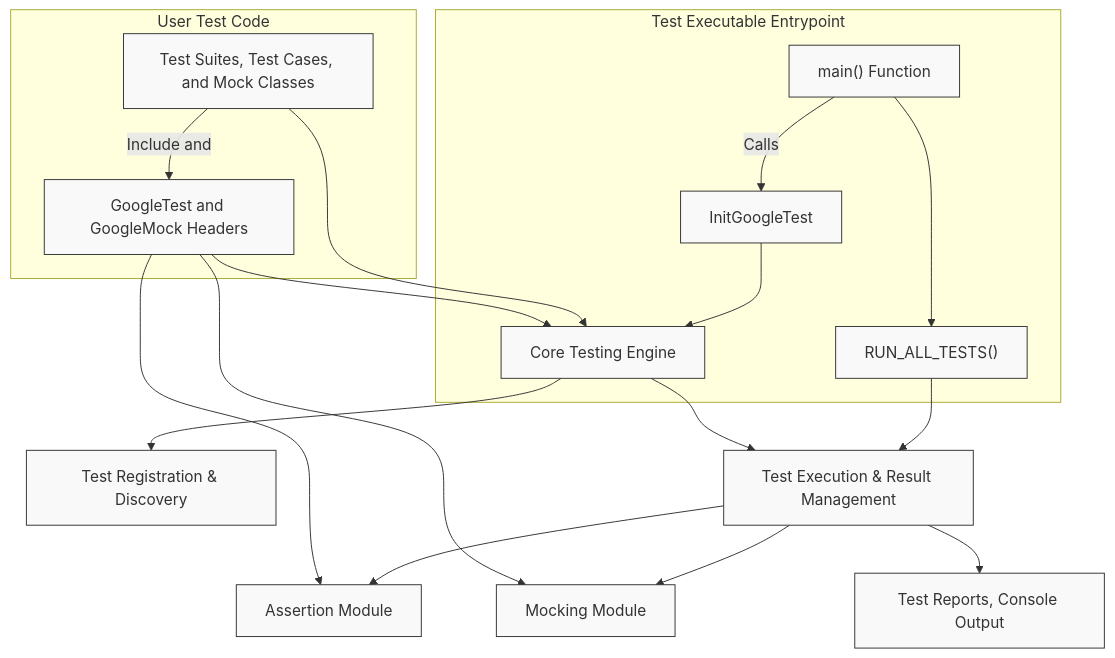
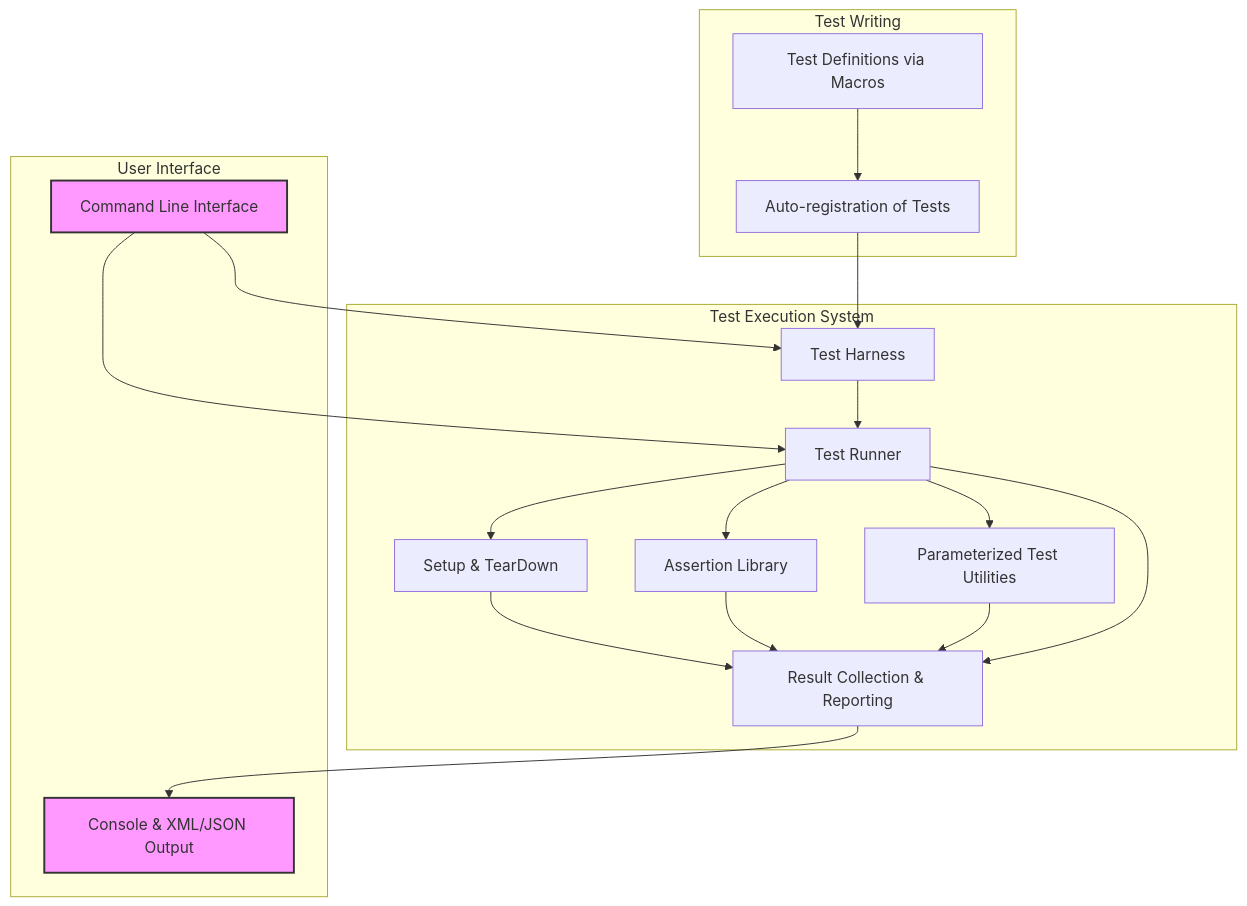
One commit to clidey/docucod-public-project-869ef7c3-7eff-4ad2-9765-2698303f14d7 changed the diagram in overview/architecture-concepts/architecture-overview.mdx. Above: the diagram before and after it, drawn with Mermaid. The commit also changed other lines of this file and 59 other files, not shown here.

````diff
--- a/overview/architecture-concepts/architecture-overview.mdx
+++ b/overview/architecture-concepts/architecture-overview.mdx
@@ -28,35 +40,53 @@
 ```mermaid
 flowchart TD
 
-  subgraph "User Test Code"
-    UserTests["Test Suites, Test Cases, and Mock Classes"]
-    UserTests -->|Include <gtest/gtest.h> and <gmock/gmock.h>| Headers
+  subgraph "Test Writing"
+    TestDef[Test Definitions via Macros]
+    Register[Auto-registration of Tests]
   end
 
-  Headers["GoogleTest and GoogleMock Headers"] --> CoreEngine["Core Testing Engine"]
-  Headers --> AssertionModule["Assertion Module"]
-  Headers --> MockingModule["Mocking Module"]
-
-  UserTests --> CoreEngine
-
-  CoreEngine --> TestRegistry["Test Registration & Discovery"]
-  CoreEngine --> TestExecution["Test Execution & Result Management"]
-
-  TestExecution --> AssertionModule
-  TestExecution --> MockingModule
-
-  subgraph "Test Executable Entrypoint"
-    MainLauncher["main() Function"]
-    MainLauncher -->|Calls| InitGoogleTest
-    InitGoogleTest --> CoreEngine
-    MainLauncher --> RunAllTests["RUN_ALL_TESTS()"]
+  subgraph "Test Execution System"
+    Harness[Test Harness]
+    Runner[Test Runner]
+    SetupTearDown[Setup & TearDown]
+    AssertionLib[Assertion Library]
+    ParamTest[Parameterized Test Utilities]
+    Report[Result Collection & Reporting]
   end
 
-  RunAllTests --> TestExecution
-  TestExecution --> TestResult["Test Reports, Console Output"]
+  subgraph "User Interface"
+    CLI[Command Line Interface]
+    Output[Console & XML/JSON Output]
+  end
+
+  %% User writes tests
+  TestDef --> Register
+
+  %% Tests and CLI initialize harness
+  Register --> Harness
+  CLI --> Harness
+
+  %% Harness runs tests via runner
+  Harness --> Runner
+
+  %% Runner manages setup, tear down, assertions, parameterization
+  Runner --> SetupTearDown
+  Runner --> AssertionLib
+  Runner --> ParamTest
+
+  %% Harness collects & reports results
+  SetupTearDown --> Report
+  AssertionLib --> Report
+  ParamTest --> Report
+  Runner --> Report
+
+  %% Reporting outputs to user
+  Report --> Output
+
+  %% CLI configures tests (filters, repetitions)
+  CLI --> Runner
 
   %% Styling
-  classDef module fill:#f9f9f9,stroke:#333,stroke-width:1px;
-  class UserTests,Headers,CoreEngine,AssertionModule,MockingModule,TestRegistry,TestExecution,MainLauncher,InitGoogleTest,RunAllTests,TestResult module;
-
+  classDef user fill:#f9f,stroke:#333,stroke-width:2px;
+  class CLI,Output user;
 ```
````
